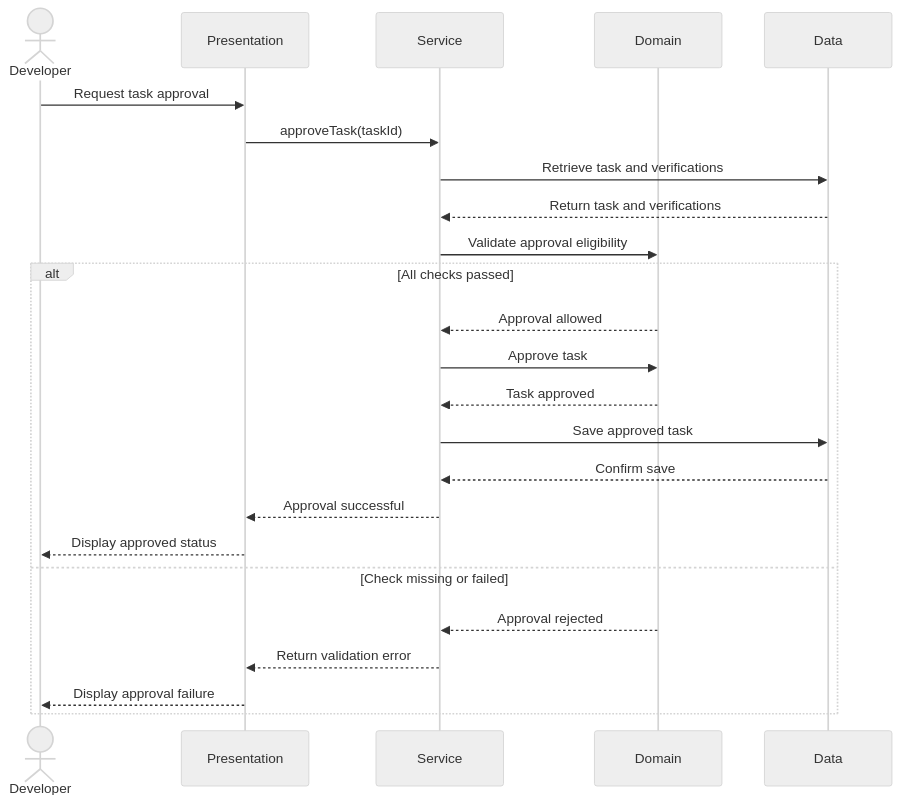
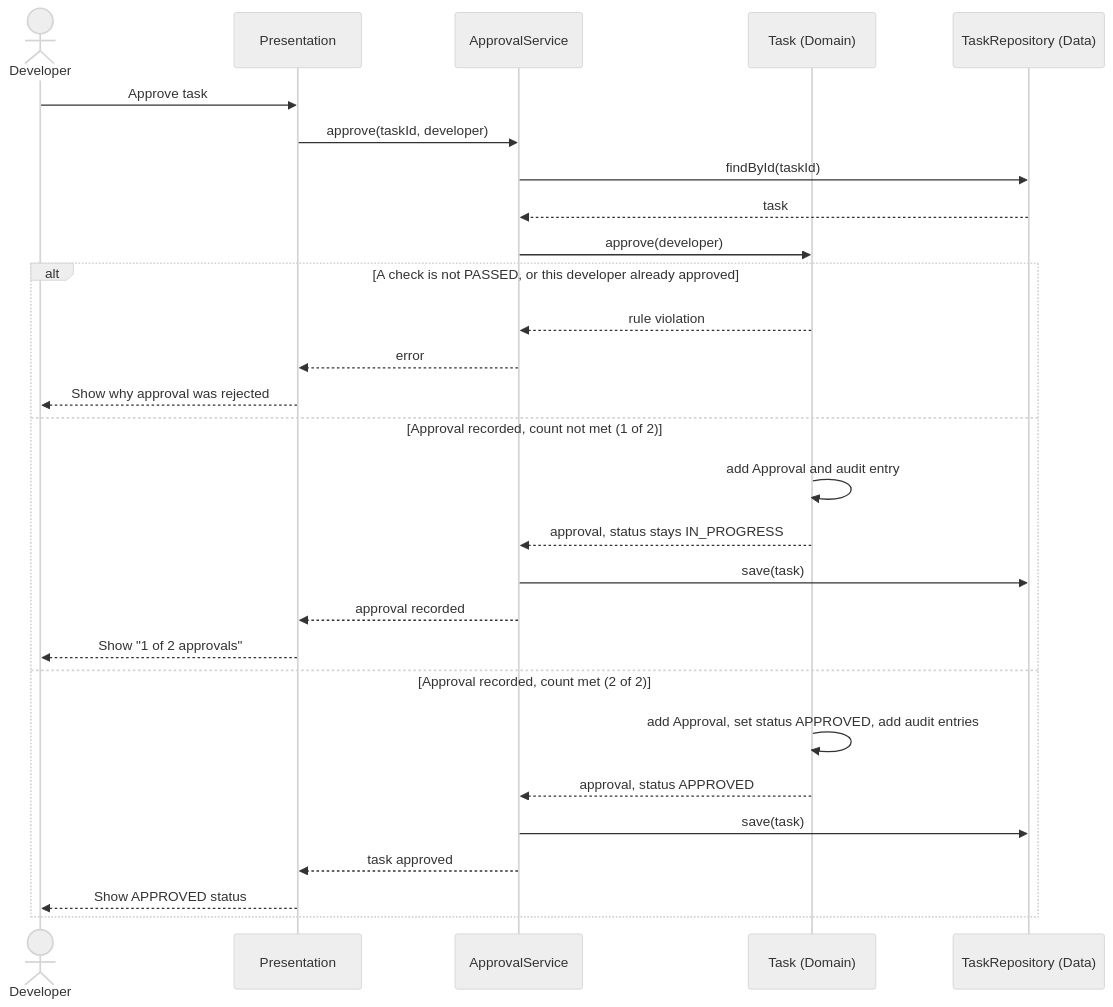
The fourth of 4 diagrams in README.md (ASantana0924/cen5064-project-santana), drawn with Mermaid (neutral theme) before and after one commit. The commit also changed other lines of this file and 5 other files, not shown here.

````diff
--- a/README.md
+++ b/README.md
@@ -136,29 +215,32 @@
 ```mermaid
-%% Sequence diagram: ONE core use case, end to end.
 sequenceDiagram
     actor Developer
     participant UI as Presentation
-    participant Service as Service
-    participant Domain as Domain
-    participant Data as Data
+    participant Service as ApprovalService
+    participant Domain as Task (Domain)
+    participant Data as TaskRepository (Data)
 
-    Developer->>UI: Request task approval
-    UI->>Service: approveTask(taskId)
-    Service->>Data: Retrieve task and verifications
-    Data-->>Service: Return task and verifications
-    Service->>Domain: Validate approval eligibility
+    Developer->>UI: Approve task
+    UI->>Service: approve(taskId, developer)
+    Service->>Data: findById(taskId)
+    Data-->>Service: task
+    Service->>Domain: approve(developer)
 
-    alt All checks passed
-        Domain-->>Service: Approval allowed
-        Service->>Domain: Approve task
-        Domain-->>Service: Task approved
-        Service->>Data: Save approved task
-        Data-->>Service: Confirm save
-        Service-->>UI: Approval successful
-        UI-->>Developer: Display approved status
-    else Check missing or failed
-        Domain-->>Service: Approval rejected
-        Service-->>UI: Return validation error
-        UI-->>Developer: Display approval failure
+    alt A check is not PASSED, or this developer already approved
+        Domain-->>Service: rule violation
+        Service-->>UI: error
+        UI-->>Developer: Show why approval was rejected
+    else Approval recorded, count not met (1 of 2)
+        Domain->>Domain: add Approval and audit entry
+        Domain-->>Service: approval, status stays IN_PROGRESS
+        Service->>Data: save(task)
+        Service-->>UI: approval recorded
+        UI-->>Developer: Show "1 of 2 approvals"
+    else Approval recorded, count met (2 of 2)
+        Domain->>Domain: add Approval, set status APPROVED, add audit entries
+        Domain-->>Service: approval, status APPROVED
+        Service->>Data: save(task)
+        Service-->>UI: task approved
+        UI-->>Developer: Show APPROVED status
     end
 ```
````
